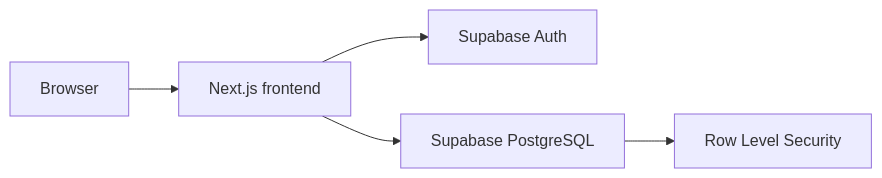
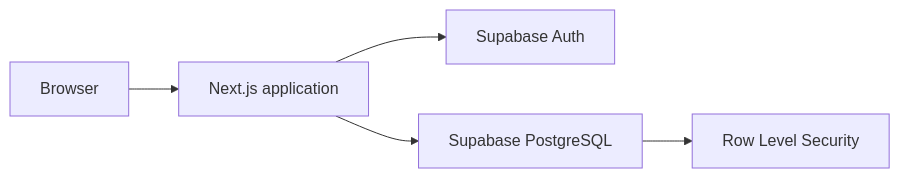
The diagram in README.md (weeeol/bug-tracker), drawn with Mermaid before and after one commit. The commit also changed other lines of this file and 4 other files, not shown here.

Commit message:
feat: update documentation for agent instructions, architecture, and release readiness

````diff
--- a/README.md
+++ b/README.md
@@ -36,7 +27,7 @@
 ```mermaid
 flowchart LR
-  Browser[Browser] --> Next[Next.js frontend]
+  Browser[Browser] --> Next[Next.js application]
   Next --> Auth[Supabase Auth]
   Next --> Database[Supabase PostgreSQL]
   Database --> RLS[Row Level Security]
 ```
````
